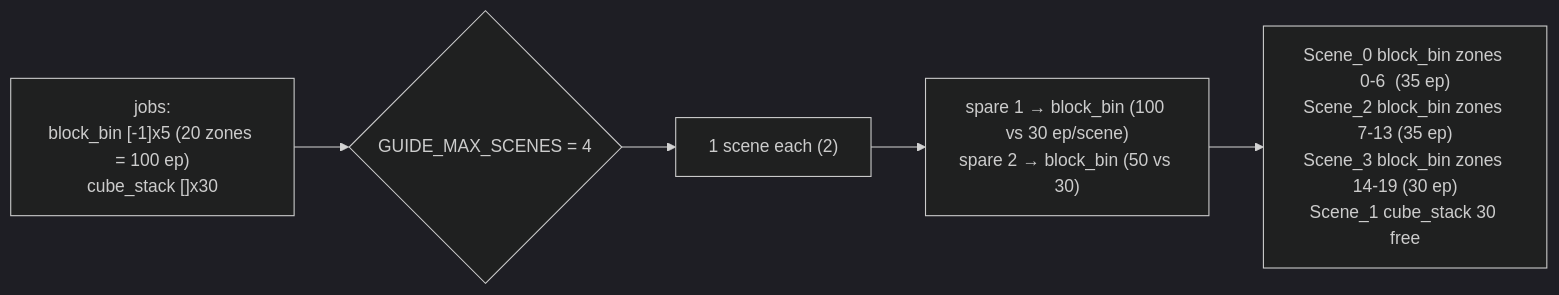
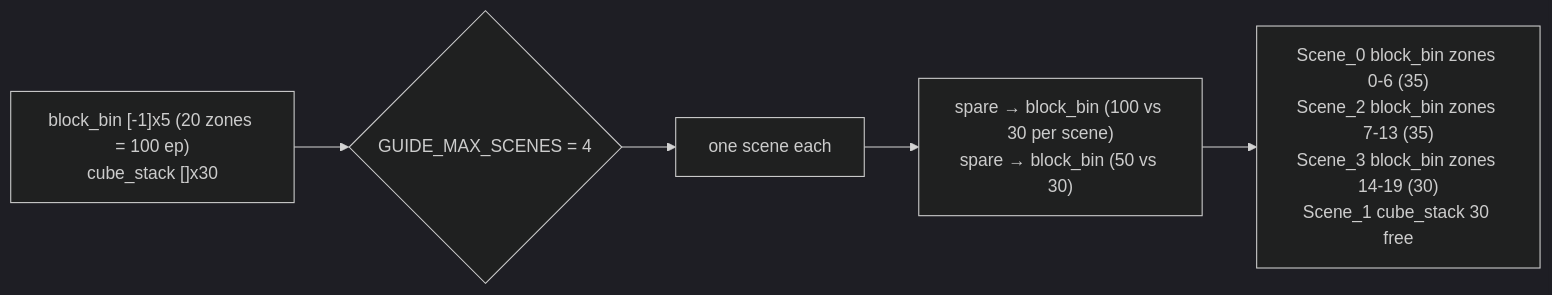
One commit to ABC-iRobotics/guide changed the third of 4 diagrams in docs/superpowers/specs/2026-10-09-guide-docker-design.md. Above: the diagram before and after it, drawn with Mermaid (dark theme). The commit also changed other lines of this file, not shown here.

Commit message:
docs: GUIDE Docker design v3 (master-launched sim services, /Sim_N/shutdown, keep policy, authorities record, GitHub Actions build)

````diff
--- a/docs/superpowers/specs/2026-10-09-guide-docker-design.md
+++ b/docs/superpowers/specs/2026-10-09-guide-docker-design.md
@@ -123,7 +134,7 @@
 ```mermaid
 flowchart LR
-  P["jobs:\nblock_bin [-1]x5 (20 zones = 100 ep)\ncube_stack []x30"] --> S{"GUIDE_MAX_SCENES = 4"}
-  S --> A["1 scene each (2)"]
-  A --> B["spare 1 → block_bin (100 vs 30 ep/scene)\nspare 2 → block_bin (50 vs 30)"]
-  B --> C["Scene_0 block_bin zones 0-6  (35 ep)\nScene_2 block_bin zones 7-13 (35 ep)\nScene_3 block_bin zones 14-19 (30 ep)\nScene_1 cube_stack 30 free"]
+  P["block_bin [-1]x5 (20 zones = 100 ep)\ncube_stack []x30"] --> S{"GUIDE_MAX_SCENES = 4"}
+  S --> A["one scene each"]
+  A --> B["spare → block_bin (100 vs 30 per scene)\nspare → block_bin (50 vs 30)"]
+  B --> C["Scene_0 block_bin zones 0-6 (35)\nScene_2 block_bin zones 7-13 (35)\nScene_3 block_bin zones 14-19 (30)\nScene_1 cube_stack 30 free"]
 ```
````
